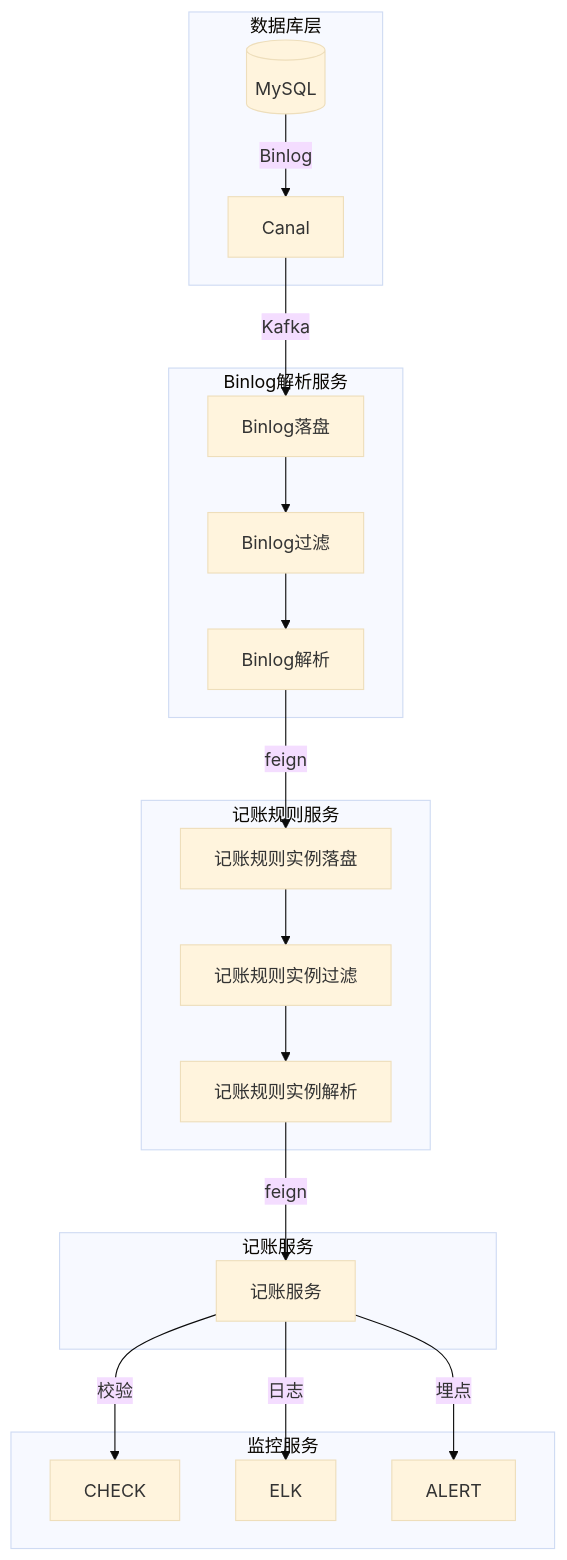
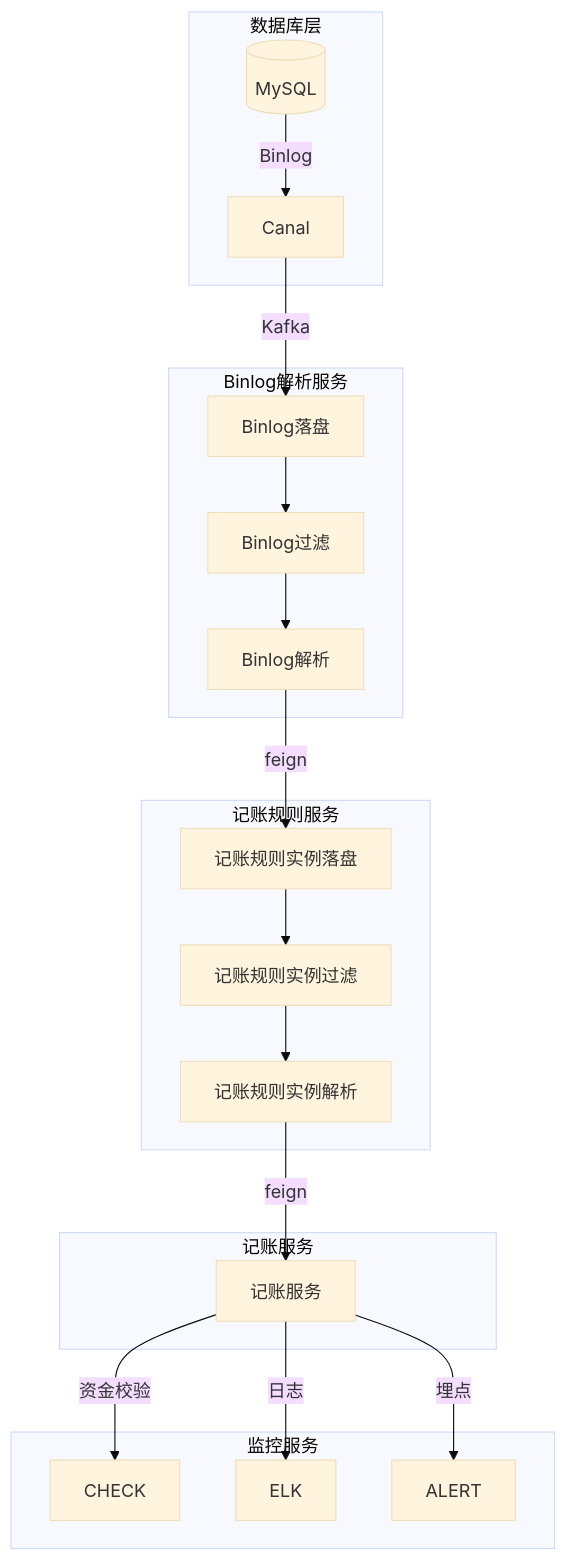
One commit to 87828943/iodraw-files changed the diagram in all/记账架构图.md. Above: the diagram before and after it, drawn with Mermaid (base theme).

Commit message:
2025-07-07 14:49:26 update

````diff
--- a/all/记账架构图.md
+++ b/all/记账架构图.md
@@ -1,24 +1,24 @@
 ```mermaid
 graph TB
     subgraph 数据库层
         DB[(MySQL)] -->|Binlog| Canal
     end
     subgraph Binlog解析服务
         Canal -->|Kafka| Binlog[Binlog落盘]
         Binlog --> Binlog1[Binlog过滤]
         Binlog1 --> Binlog2[Binlog解析]
     end
     subgraph 记账规则服务
         Binlog2 -->|feign| AccountingRule[记账规则实例落盘]
         AccountingRule --> AccountingRule1[记账规则实例过滤]
         AccountingRule1 --> AccountingRule2[记账规则实例解析] 
     end
     subgraph 记账服务
        AccountingRule2 -->|feign| Accounting[记账服务]
     end
     subgraph 监控服务
-        Accounting --> |校验| CHECK
+        Accounting --> |资金校验| CHECK
         Accounting -->|日志| ELK
         Accounting -->|埋点| ALERT
     end
 ```
````
